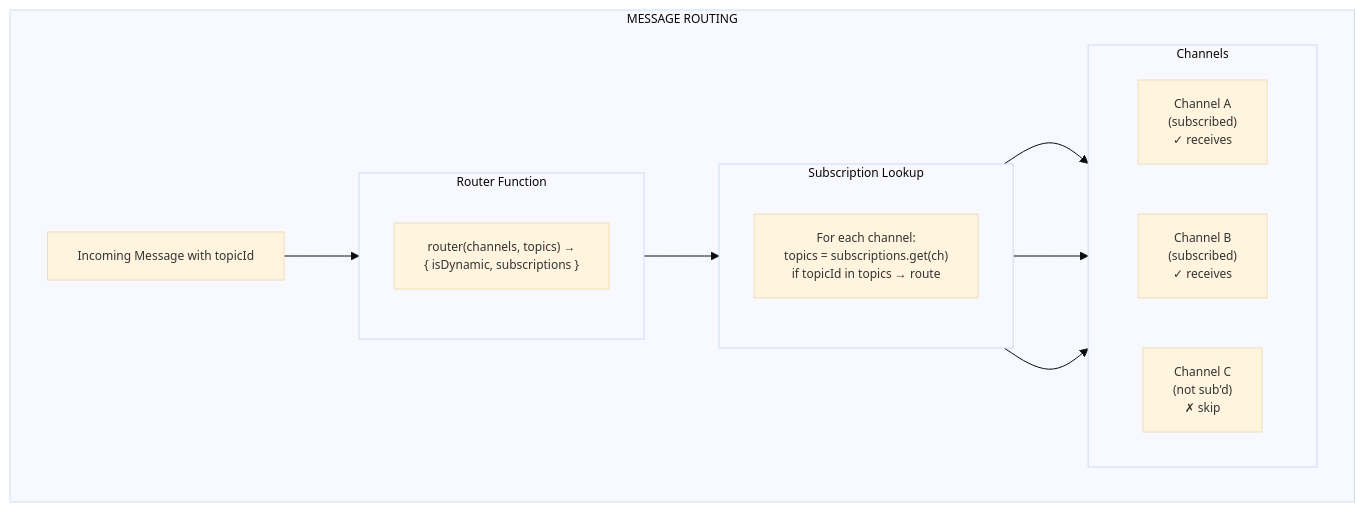
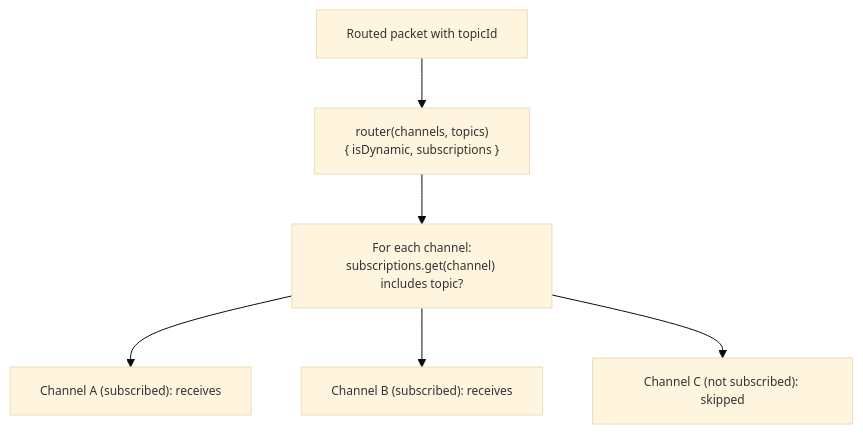
One commit to AndrewRedican/hyperfrontend changed the diagram in libs/network-protocol/src/lib/routing/README.md. Above: the diagram before and after it, drawn with Mermaid. The commit also changed other lines of this file and 28 other files, not shown here.

````diff
--- a/libs/network-protocol/src/lib/routing/README.md
+++ b/libs/network-protocol/src/lib/routing/README.md
@@ -78,33 +67,14 @@
 ```mermaid
 ---
 config:
   theme: base
   themeVariables:
     fontSize: 12px
 ---
 flowchart TB
-    subgraph MessageRouting["MESSAGE ROUTING"]
-        Incoming["Incoming Message with topicId"]
-
-        subgraph RouterFunc["Router Function"]
-            RouterCall["router(channels, topics) →<br/>{ isDynamic, subscriptions }"]
-        end
-
-        subgraph SubLookup["Subscription Lookup"]
-            Lookup["For each channel:<br/>topics = subscriptions.get(ch)<br/>if topicId in topics → route"]
-        end
-
-        subgraph Channels["Channels"]
-            direction LR
-            ChannelA["Channel A<br/>(subscribed)<br/>✓ receives"]
-            ChannelB["Channel B<br/>(subscribed)<br/>✓ receives"]
-            ChannelC["Channel C<br/>(not sub'd)<br/>✗ skip"]
-        end
-
-        Incoming --> RouterFunc
-        RouterFunc --> SubLookup
-        SubLookup --> ChannelA
-        SubLookup --> ChannelB
-        SubLookup --> ChannelC
-    end
+    Incoming["Routed packet with topicId"] --> RouterCall["router(channels, topics)<br/>{ isDynamic, subscriptions }"]
+    RouterCall --> Lookup["For each channel:<br/>subscriptions.get(channel) includes topic?"]
+    Lookup --> A["Channel A (subscribed): receives"]
+    Lookup --> B["Channel B (subscribed): receives"]
+    Lookup --> C["Channel C (not subscribed): skipped"]
 ```
````
